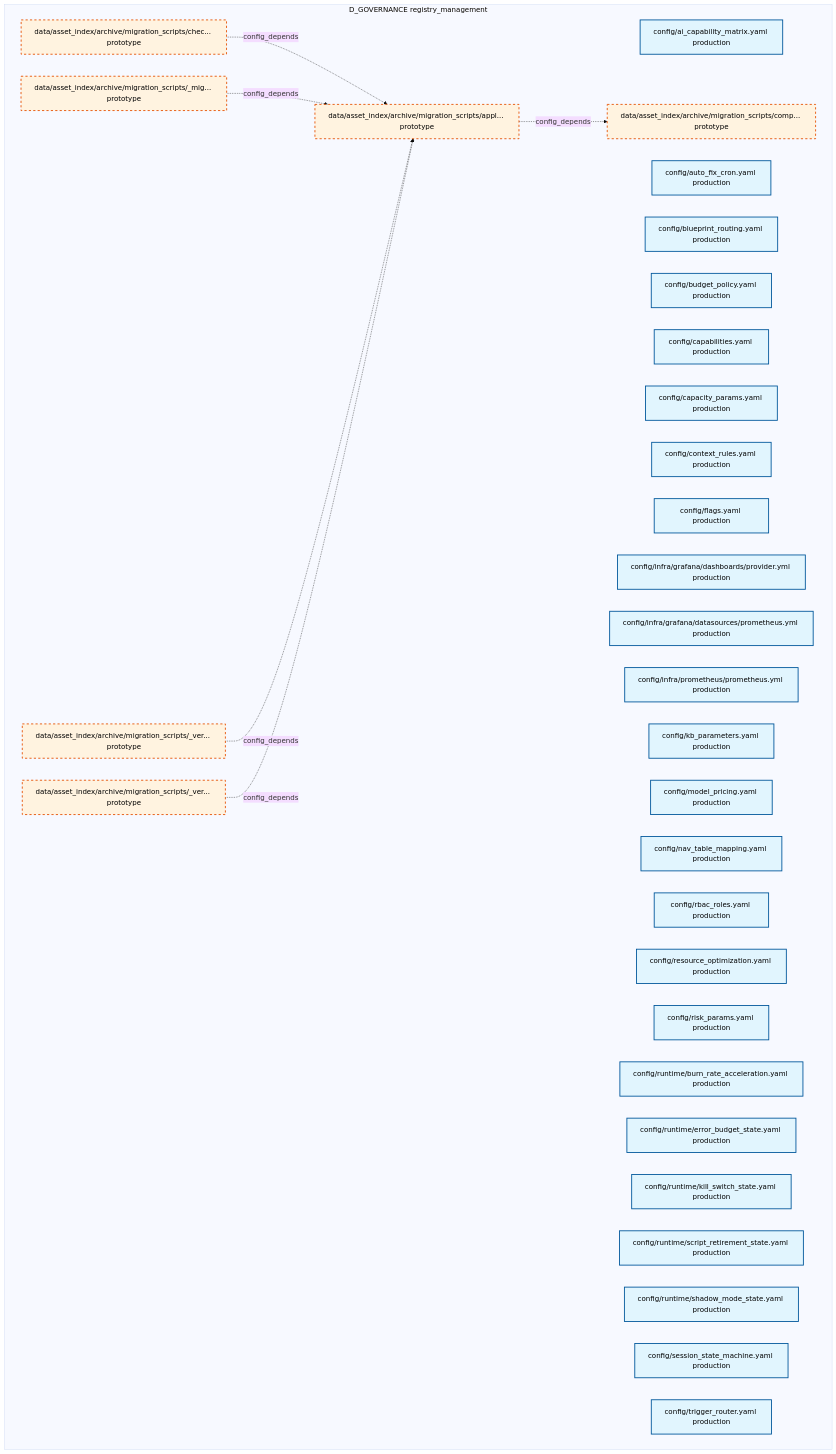
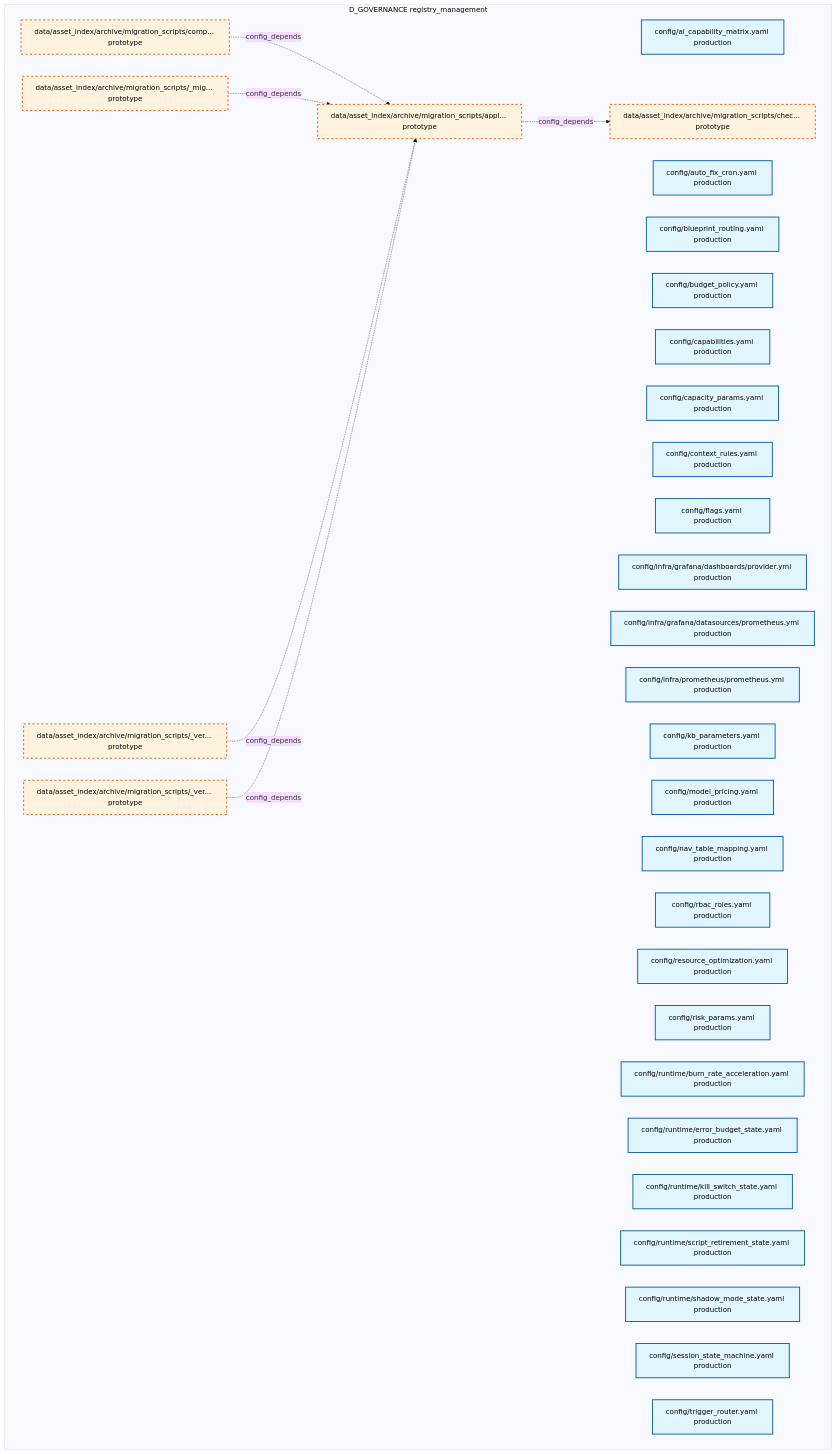
Before and after one commit to xuanFelixVan/ZephyrAlpha: the first of 28 diagrams in docs/02_enterprise_architecture/02_domain_architecture_docs/31_d_governance.md, drawn with Mermaid (base theme). The commit also changed other lines of this file and 99 other files, not shown here.

````diff
--- a/docs/02_enterprise_architecture/02_domain_architecture_docs/31_d_governance.md
+++ b/docs/02_enterprise_architecture/02_domain_architecture_docs/31_d_governance.md
@@ -49,46 +49,46 @@
 ```mermaid
 graph TD
     subgraph D_GOVERNANCE["D_GOVERNANCE registry_management"]
         config_ai_capability_matrix_yaml["config/ai_capability_matrix.yaml production"]
         config_auto_fix_cron_yaml["config/auto_fix_cron.yaml production"]
         config_blueprint_routing_yaml["config/blueprint_routing.yaml production"]
         config_budget_policy_yaml["config/budget_policy.yaml production"]
         config_capabilities_yaml["config/capabilities.yaml production"]
         config_capacity_params_yaml["config/capacity_params.yaml production"]
         config_context_rules_yaml["config/context_rules.yaml production"]
         config_flags_yaml["config/flags.yaml production"]
         config_infra_grafana_dashboards_provider_yml["config/infra/grafana/dashboards/provider.yml production"]
         config_infra_grafana_datasources_prometheus_yml["config/infra/grafana/datasources/prometheus.yml production"]
         config_infra_prometheus_prometheus_yml["config/infra/prometheus/prometheus.yml production"]
         config_kb_parameters_yaml["config/kb_parameters.yaml production"]
         config_model_pricing_yaml["config/model_pricing.yaml production"]
         config_nav_table_mapping_yaml["config/nav_table_mapping.yaml production"]
         config_rbac_roles_yaml["config/rbac_roles.yaml production"]
         config_resource_optimization_yaml["config/resource_optimization.yaml production"]
         config_risk_params_yaml["config/risk_params.yaml production"]
         config_runtime_burn_rate_acceleration_yaml["config/runtime/burn_rate_acceleration.yaml production"]
         config_runtime_error_budget_state_yaml["config/runtime/error_budget_state.yaml production"]
         config_runtime_kill_switch_state_yaml["config/runtime/kill_switch_state.yaml production"]
         config_runtime_script_retirement_state_yaml["config/runtime/script_retirement_state.yaml production"]
         config_runtime_shadow_mode_state_yaml["config/runtime/shadow_mode_state.yaml production"]
         config_session_state_machine_yaml["config/session_state_machine.yaml production"]
         config_trigger_router_yaml["config/trigger_router.yaml production"]
         data_asset_index_archive_migration_scripts_migration_shared_py["data/asset_index/archive/migration_scripts/_mig... prototype"]
         data_asset_index_archive_migration_scripts_verify_manifest_py["data/asset_index/archive/migration_scripts/_ver... prototype"]
         data_asset_index_archive_migration_scripts_verify_step4_py["data/asset_index/archive/migration_scripts/_ver... prototype"]
         data_asset_index_archive_migration_scripts_apply_rulings_py["data/asset_index/archive/migration_scripts/appl... prototype"]
         data_asset_index_archive_migration_scripts_check_coverage_py["data/asset_index/archive/migration_scripts/chec... prototype"]
         data_asset_index_archive_migration_scripts_comprehensive_import_fix_py["data/asset_index/archive/migration_scripts/comp... prototype"]
     end
-    data_asset_index_archive_migration_scripts_apply_rulings_py -.->|config_depends| data_asset_index_archive_migration_scripts_comprehensive_import_fix_py
-    data_asset_index_archive_migration_scripts_check_coverage_py -.->|config_depends| data_asset_index_archive_migration_scripts_apply_rulings_py
+    data_asset_index_archive_migration_scripts_apply_rulings_py -.->|config_depends| data_asset_index_archive_migration_scripts_check_coverage_py
+    data_asset_index_archive_migration_scripts_comprehensive_import_fix_py -.->|config_depends| data_asset_index_archive_migration_scripts_apply_rulings_py
     data_asset_index_archive_migration_scripts_migration_shared_py -.->|config_depends| data_asset_index_archive_migration_scripts_apply_rulings_py
+    data_asset_index_archive_migration_scripts_verify_step4_py -.->|config_depends| data_asset_index_archive_migration_scripts_apply_rulings_py
     data_asset_index_archive_migration_scripts_verify_manifest_py -.->|config_depends| data_asset_index_archive_migration_scripts_apply_rulings_py
-    data_asset_index_archive_migration_scripts_verify_step4_py -.->|config_depends| data_asset_index_archive_migration_scripts_apply_rulings_py
     classDef production fill:#e1f5fe,stroke:#01579b,stroke-width:2px,color:#000
     classDef design fill:#fff3e0,stroke:#e65100,stroke-width:2px,color:#000,stroke-dasharray: 5 5
     classDef external_prod fill:#e8f5e9,stroke:#1b5e20,stroke-width:1px,color:#000
     classDef external_design fill:#fce4ec,stroke:#880e4f,stroke-width:1px,color:#000,stroke-dasharray: 5 5
     class config_ai_capability_matrix_yaml,config_auto_fix_cron_yaml,config_blueprint_routing_yaml,config_budget_policy_yaml,config_capabilities_yaml,config_capacity_params_yaml,config_context_rules_yaml,config_flags_yaml,config_infra_grafana_dashboards_provider_yml,config_infra_grafana_datasources_prometheus_yml,config_infra_prometheus_prometheus_yml,config_kb_parameters_yaml,config_model_pricing_yaml,config_nav_table_mapping_yaml,config_rbac_roles_yaml,config_resource_optimization_yaml,config_risk_params_yaml,config_runtime_burn_rate_acceleration_yaml,config_runtime_error_budget_state_yaml,config_runtime_kill_switch_state_yaml,config_runtime_script_retirement_state_yaml,config_runtime_shadow_mode_state_yaml,config_session_state_machine_yaml,config_trigger_router_yaml production
     class data_asset_index_archive_migration_scripts_migration_shared_py,data_asset_index_archive_migration_scripts_verify_manifest_py,data_asset_index_archive_migration_scripts_verify_step4_py,data_asset_index_archive_migration_scripts_apply_rulings_py,data_asset_index_archive_migration_scripts_check_coverage_py,data_asset_index_archive_migration_scripts_comprehensive_import_fix_py design
 ```
````
